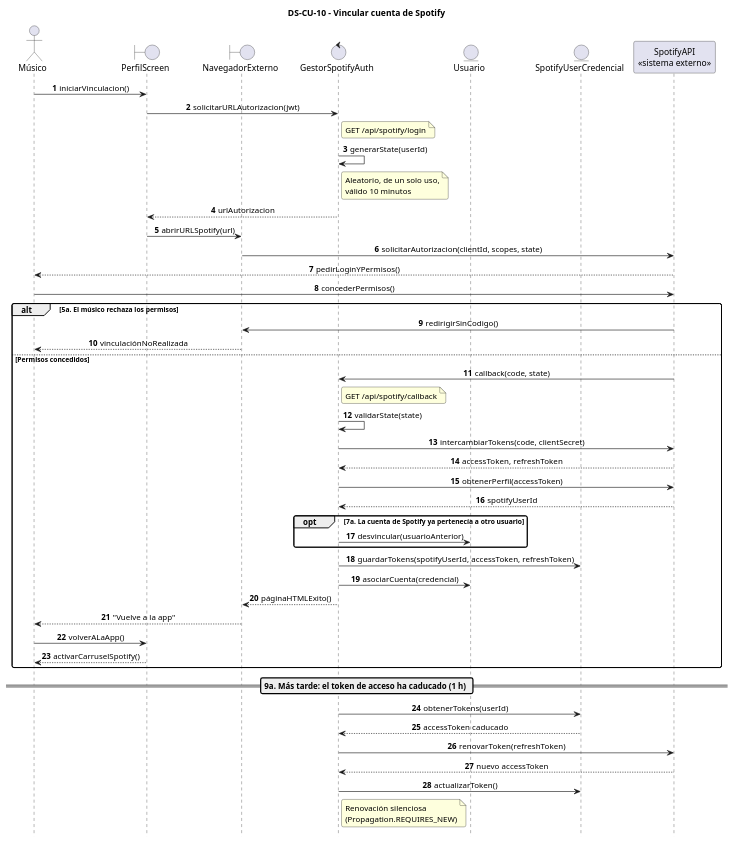
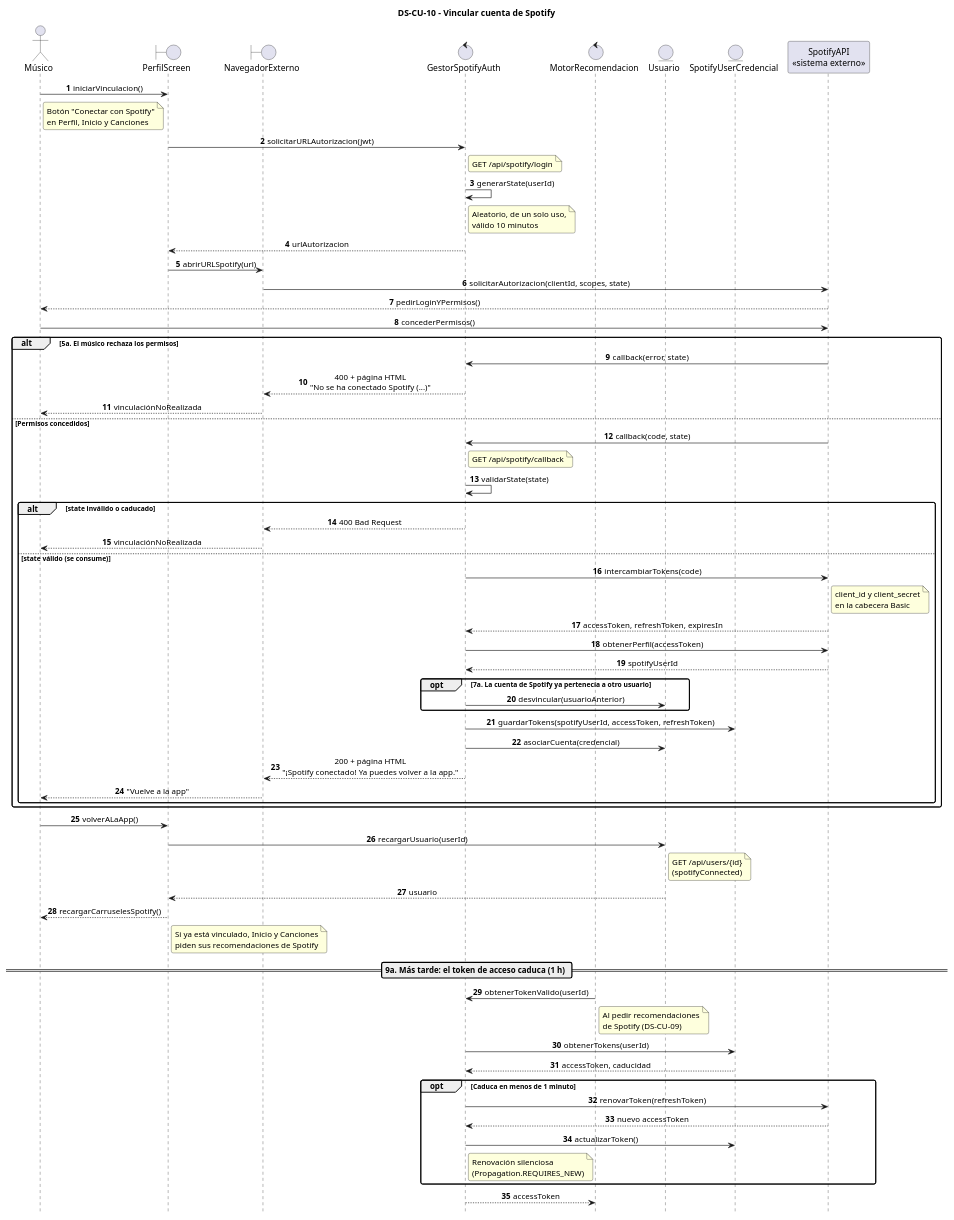
One commit to adrianmahialoredo/TFG changed the diagram in diagrams/use_cases/description/CU10_vincular_spotify.puml. Above: the diagram before and after it, drawn with PlantUML. The commit also changed 221 other files, not shown here.

```diff
--- a/diagrams/use_cases/description/CU10_vincular_spotify.puml
+++ b/diagrams/use_cases/description/CU10_vincular_spotify.puml
@@ -1,62 +1,83 @@
 @startuml DS-CU-10
 title DS-CU-10 - Vincular cuenta de Spotify
 
 ' Diagrama de secuencia de análisis (patrón Boundary-Control-Entity)
+' Fuentes: SpotifyButton.tsx, useSpotifyConnect.ts, spotify.repository.ts, useHomeItems.ts, useFeedSongs.ts,
+' SpotifyAuthController.java, SpotifyAuthServiceImpl.java, SpotifyRecommendationServiceImpl.java
 autonumber
 hide footbox
 skinparam sequenceMessageAlign center
 skinparam roundcorner 6
 
 actor "Músico" as musico
 boundary "PerfilScreen" as perfil
 boundary "NavegadorExterno" as navegador
 control "GestorSpotifyAuth" as gestor
+control "MotorRecomendacion" as motor
 entity "Usuario" as usuario
 entity "SpotifyUserCredencial" as credencial
 participant "SpotifyAPI\n<<sistema externo>>" as spotify
 
 musico -> perfil : iniciarVinculacion()
+note right of musico : Botón "Conectar con Spotify"\nen Perfil, Inicio y Canciones
 perfil -> gestor : solicitarURLAutorizacion(jwt)
 note right of gestor : GET /api/spotify/login
 gestor -> gestor : generarState(userId)
 note right of gestor : Aleatorio, de un solo uso,\nválido 10 minutos
 gestor --> perfil : urlAutorizacion
 perfil -> navegador : abrirURLSpotify(url)
 navegador -> spotify : solicitarAutorizacion(clientId, scopes, state)
 spotify --> musico : pedirLoginYPermisos()
 musico -> spotify : concederPermisos()
 
 alt 5a. El músico rechaza los permisos
-    spotify -> navegador : redirigirSinCodigo()
+    spotify -> gestor : callback(error, state)
+    gestor --> navegador : 400 + página HTML\n"No se ha conectado Spotify (...)"
     navegador --> musico : vinculaciónNoRealizada
 else Permisos concedidos
     spotify -> gestor : callback(code, state)
     note right of gestor : GET /api/spotify/callback
     gestor -> gestor : validarState(state)
-    gestor -> spotify : intercambiarTokens(code, clientSecret)
-    spotify --> gestor : accessToken, refreshToken
-    gestor -> spotify : obtenerPerfil(accessToken)
-    spotify --> gestor : spotifyUserId
+    alt state inválido o caducado
+        gestor --> navegador : 400 Bad Request
+        navegador --> musico : vinculaciónNoRealizada
+    else state válido (se consume)
+        gestor -> spotify : intercambiarTokens(code)
+        note right of spotify : client_id y client_secret\nen la cabecera Basic
+        spotify --> gestor : accessToken, refreshToken, expiresIn
+        gestor -> spotify : obtenerPerfil(accessToken)
+        spotify --> gestor : spotifyUserId
 
-    opt 7a. La cuenta de Spotify ya pertenecía a otro usuario
-        gestor -> usuario : desvincular(usuarioAnterior)
+        opt 7a. La cuenta de Spotify ya pertenecía a otro usuario
+            gestor -> usuario : desvincular(usuarioAnterior)
+        end
+
+        gestor -> credencial : guardarTokens(spotifyUserId, accessToken, refreshToken)
+        gestor -> usuario : asociarCuenta(credencial)
+        gestor --> navegador : 200 + página HTML\n"¡Spotify conectado! Ya puedes volver a la app."
+        navegador --> musico : "Vuelve a la app"
     end
-
-    gestor -> credencial : guardarTokens(spotifyUserId, accessToken, refreshToken)
-    gestor -> usuario : asociarCuenta(credencial)
-    gestor --> navegador : páginaHTMLExito()
-    navegador --> musico : "Vuelve a la app"
-    musico -> perfil : volverALaApp()
-    perfil --> musico : activarCarruselSpotify()
 end
 
-== 9a. Más tarde: el token de acceso ha caducado (1 h) ==
+musico -> perfil : volverALaApp()
+perfil -> usuario : recargarUsuario(userId)
+note right of usuario : GET /api/users/{id}\n(spotifyConnected)
+usuario --> perfil : usuario
+perfil --> musico : recargarCarruselesSpotify()
+note right of perfil : Si ya está vinculado, Inicio y Canciones\npiden sus recomendaciones de Spotify
 
+== 9a. Más tarde: el token de acceso caduca (1 h) ==
+
+motor -> gestor : obtenerTokenValido(userId)
+note right of motor : Al pedir recomendaciones\nde Spotify (DS-CU-09)
 gestor -> credencial : obtenerTokens(userId)
-credencial --> gestor : accessToken caducado
-gestor -> spotify : renovarToken(refreshToken)
-spotify --> gestor : nuevo accessToken
-gestor -> credencial : actualizarToken()
-note right of gestor : Renovación silenciosa\n(Propagation.REQUIRES_NEW)
+credencial --> gestor : accessToken, caducidad
+opt Caduca en menos de 1 minuto
+    gestor -> spotify : renovarToken(refreshToken)
+    spotify --> gestor : nuevo accessToken
+    gestor -> credencial : actualizarToken()
+    note right of gestor : Renovación silenciosa\n(Propagation.REQUIRES_NEW)
+end
+gestor --> motor : accessToken
 
 @enduml
```
